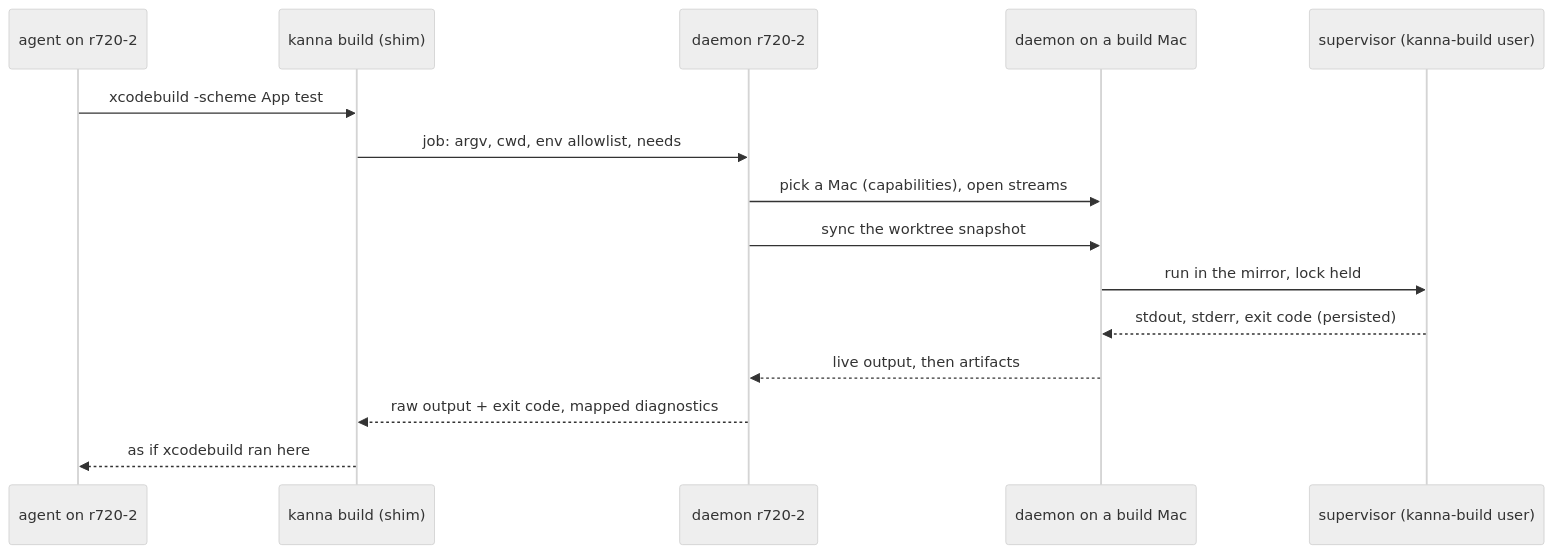
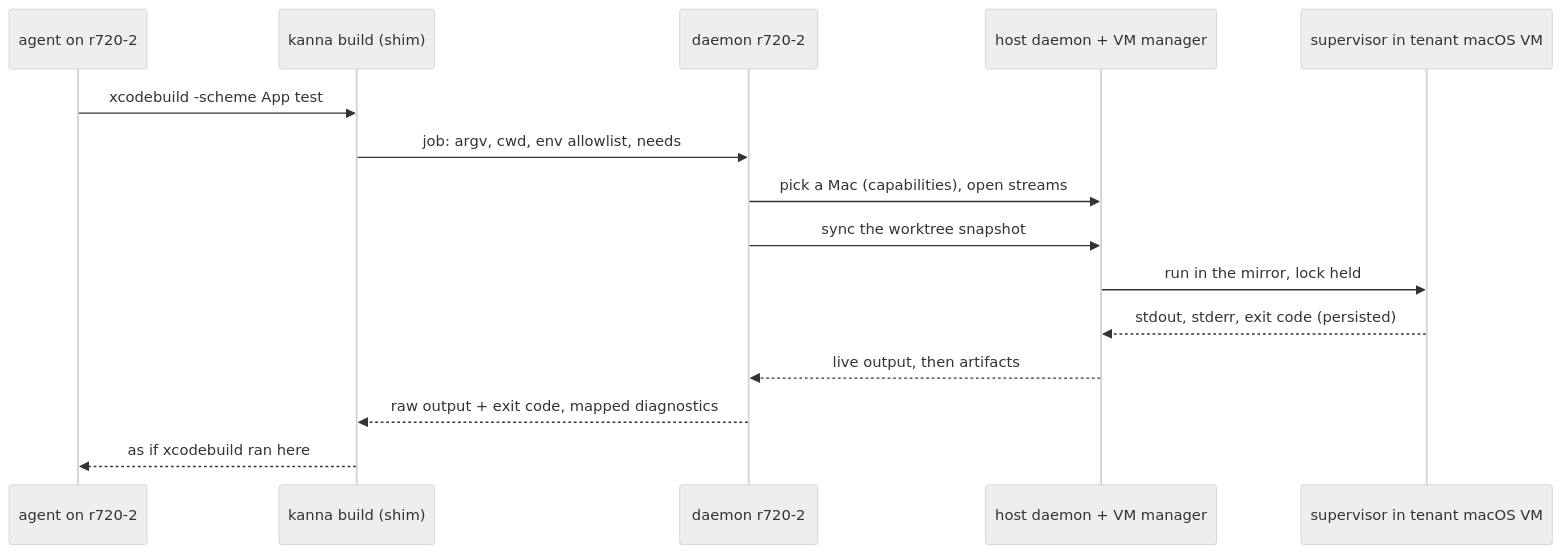
One commit to tampopogk/kanna changed the diagram in docs/specs/build-macs.md. Above: the diagram before and after it, drawn with Mermaid (neutral theme). The commit also changed other lines of this file and 5 other files, not shown here.

Commit message:
Require tenant-exclusive macOS VMs and gate Fleet builds on isolation proof

````diff
--- a/docs/specs/build-macs.md
+++ b/docs/specs/build-macs.md
@@ -30,17 +28,17 @@
 ```mermaid
 sequenceDiagram
     participant AG as agent on r720-2
     participant K as kanna build (shim)
     participant D2 as daemon r720-2
-    participant DM as daemon on a build Mac
-    participant S as supervisor (kanna-build user)
+    participant DM as host daemon + VM manager
+    participant S as supervisor in tenant macOS VM
     AG->>K: xcodebuild -scheme App test
     K->>D2: job: argv, cwd, env allowlist, needs
     D2->>DM: pick a Mac (capabilities), open streams
     D2->>DM: sync the worktree snapshot
     DM->>S: run in the mirror, lock held
     S-->>DM: stdout, stderr, exit code (persisted)
     DM-->>D2: live output, then artifacts
     D2-->>K: raw output + exit code, mapped diagnostics
     K-->>AG: as if xcodebuild ran here
 ```
````
